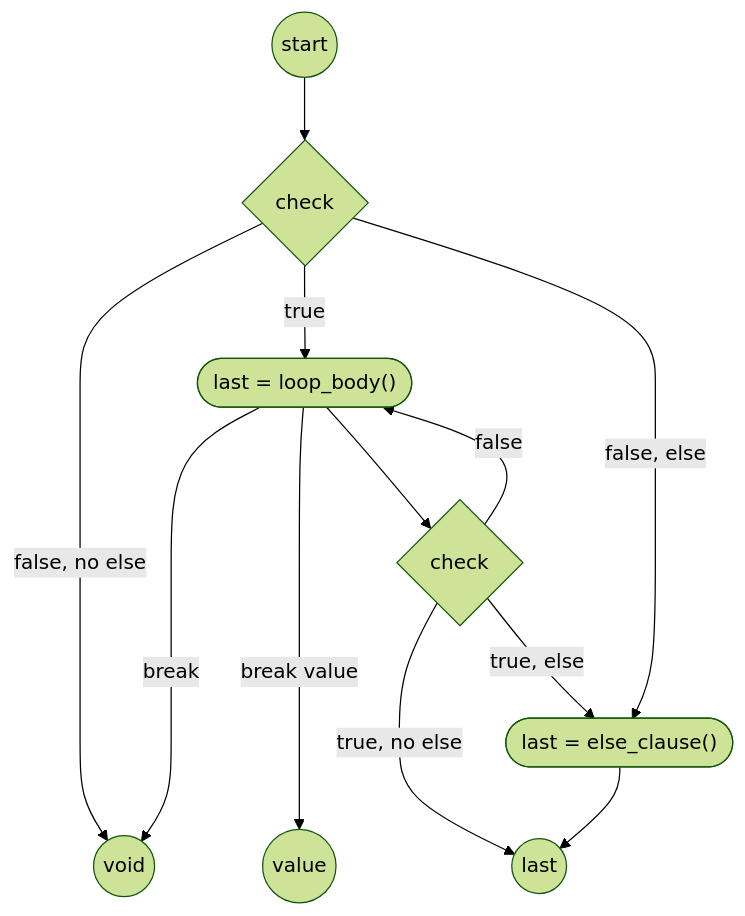
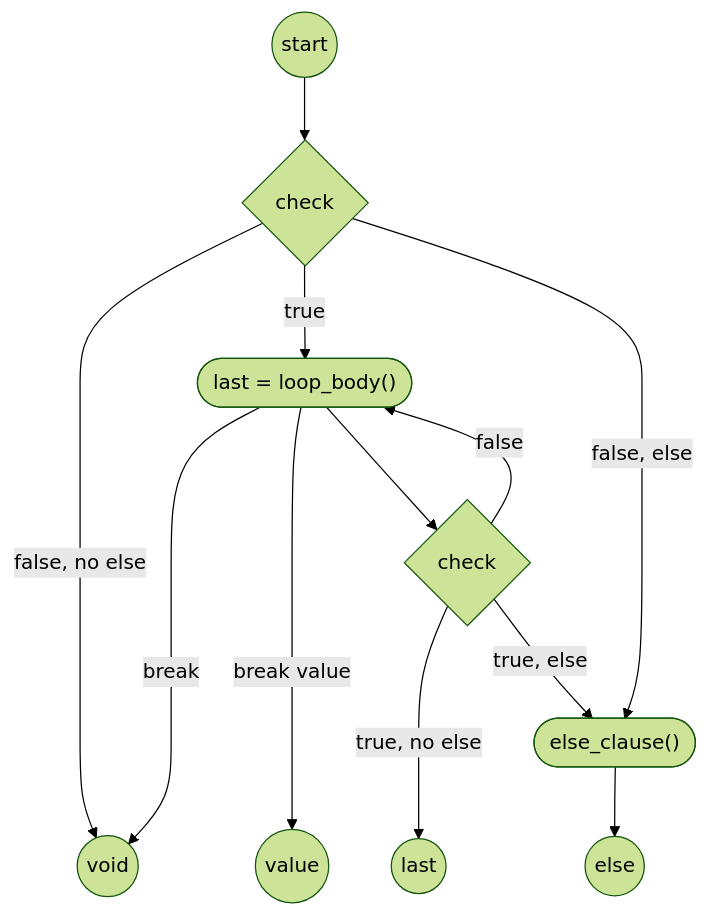
The diagram in docs/tutorial.md (sergeych/lyng), drawn with Mermaid (forest theme) before and after one commit.

Commit message:
better structure

````diff
--- a/docs/tutorial.md
+++ b/docs/tutorial.md
@@ -605,14 +605,14 @@
 ```mermaid
 flowchart TD
     S((start)) --> Cond{check}
     Cond--false, no else--->V((void))
     Cond--true-->E(["last = loop_body()" ])
     E--break value---->BV((value))
     E--> Check2{check}
     E--break---->V
     Check2 --false-->E
-    Check2 --true, no else-->L((last))
-    Check2 --true, else-->Else(["last = else_clause()"])
+    Check2 --true, no else--->L((last))
+    Check2 --true, else-->Else(["else_clause()"])
     Cond--false, else--->Else
-    Else --> L
+    Else --> Ele4$nr((else))
 ```
````
